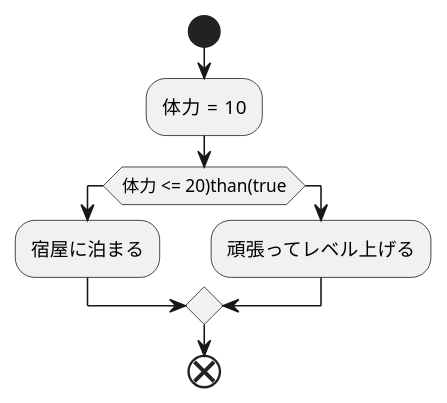
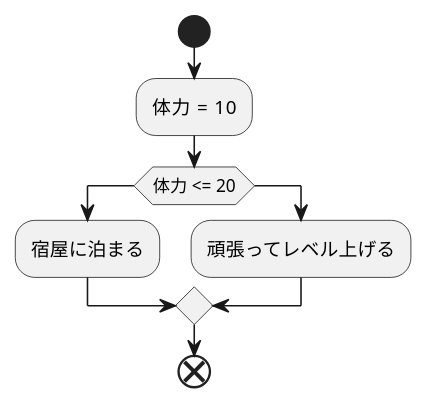
The diagram in kadai1.md (Aso2001392/2021sys-design), drawn with PlantUML before and after one commit.

````diff
--- a/kadai1.md
+++ b/kadai1.md
@@ -1,14 +1,14 @@
 ```uml
 @startuml
 start
 :体力  = 10;
 
-if(体力 <= 20)than(true)
+if(体力 <= 20)
 :宿屋に泊まる;
 else
 :頑張ってレベル上げる;
 endif
 
 end
 @enduml
 ```
````
